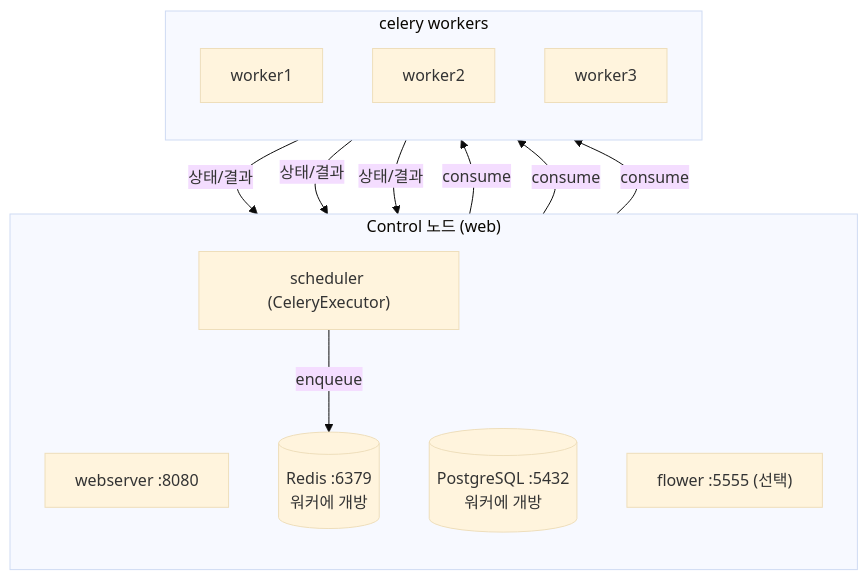
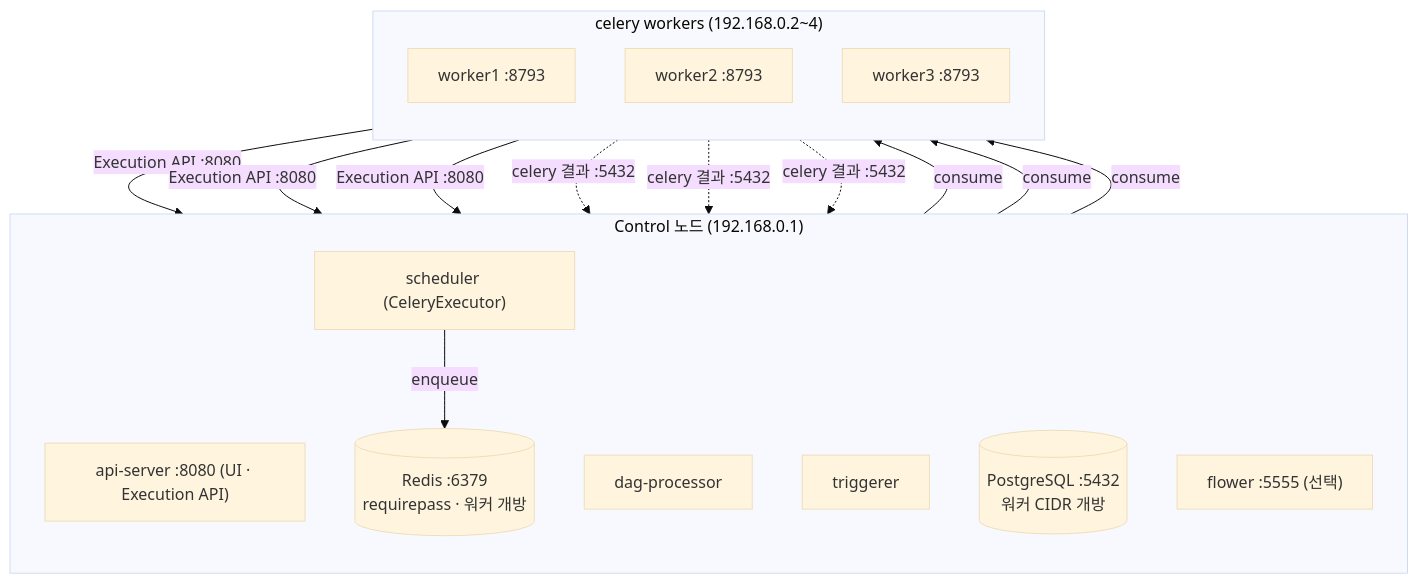
Before and after one commit to DataDynamics/airflow-installation: the second of 2 diagrams in DESIGN.md, drawn with Mermaid (base theme). The commit also changed other lines of this file and 18 other files, not shown here.

First line of the commit message:
Upgrade to Airflow 3.3.0 on python3.11 (api-server/dag-processor/JWT architecture)

````diff
--- a/DESIGN.md
+++ b/DESIGN.md
@@ -66,24 +100,29 @@
 ```mermaid
 flowchart TB
-  subgraph C["Control 노드 (web)"]
+  subgraph C["Control 노드 (192.168.0.1)"]
     direction TB
-    WS["webserver :8080"]
+    API["api-server :8080 (UI · Execution API)"]
     SC["scheduler (CeleryExecutor)"]
-    PG[("PostgreSQL :5432<br/>워커에 개방")]
-    RD[("Redis :6379<br/>워커에 개방")]
+    DP["dag-processor"]
+    TR["triggerer"]
+    PG[("PostgreSQL :5432<br/>워커 CIDR 개방")]
+    RD[("Redis :6379<br/>requirepass · 워커 개방")]
     FL["flower :5555 (선택)"]
   end
-  subgraph WK["celery workers"]
+  subgraph WK["celery workers (192.168.0.2~4)"]
     direction TB
-    W1["worker1"]
-    W2["worker2"]
-    W3["worker3"]
+    W1["worker1 :8793"]
+    W2["worker2 :8793"]
+    W3["worker3 :8793"]
   end
   SC -->|enqueue| RD
   RD -->|consume| W1
   RD -->|consume| W2
   RD -->|consume| W3
-  W1 -->|상태/결과| PG
-  W2 -->|상태/결과| PG
-  W3 -->|상태/결과| PG
+  W1 -->|"Execution API :8080"| API
+  W2 -->|"Execution API :8080"| API
+  W3 -->|"Execution API :8080"| API
+  W1 -.->|"celery 결과 :5432"| PG
+  W2 -.->|"celery 결과 :5432"| PG
+  W3 -.->|"celery 결과 :5432"| PG
 ```
````
